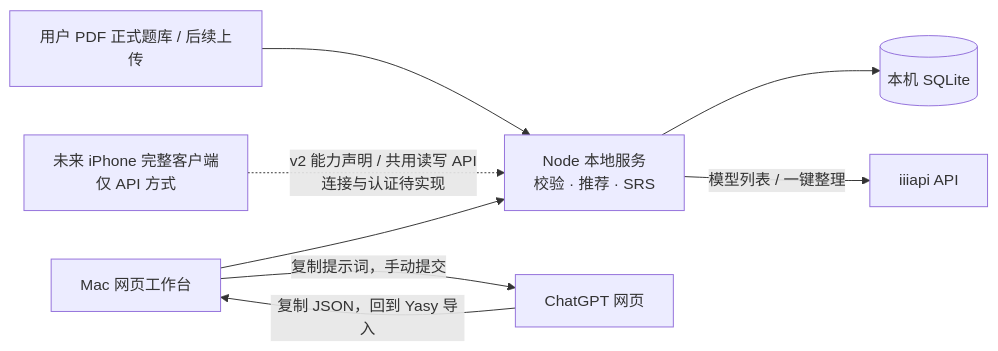
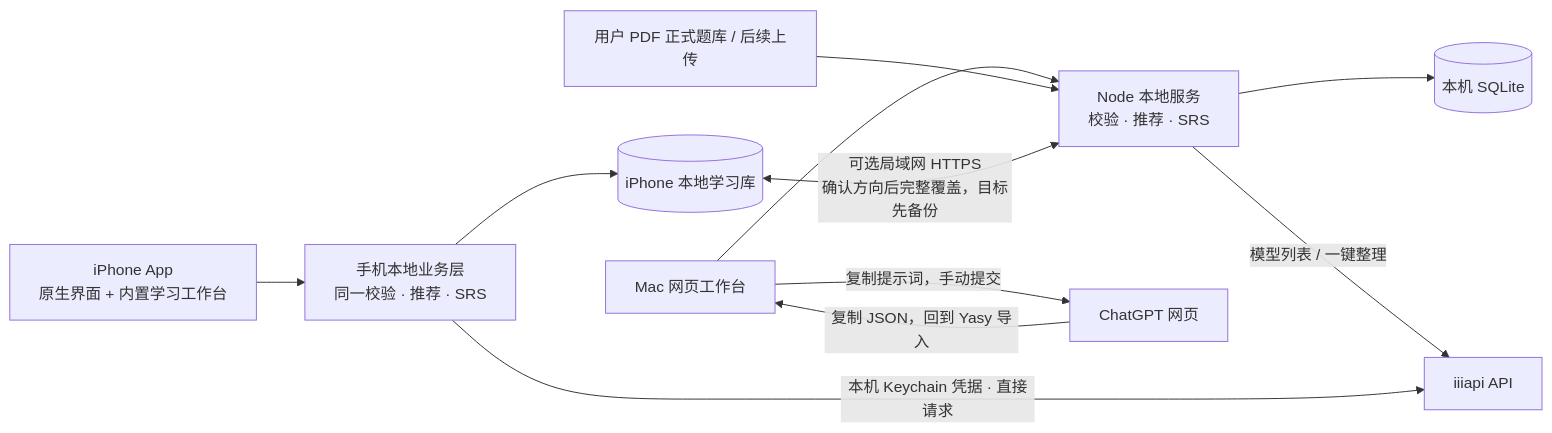
Before and after one commit to ChoneyChen/yasy: the diagram in README.md, drawn with Mermaid. The commit also changed other lines of this file and 87 other files, not shown here.

Commit message:
Add independent iPhone app, optional progress sync and focused daily practice

````diff
--- a/README.md
+++ b/README.md
@@ -154,10 +156,13 @@
 ```mermaid
 flowchart LR
     UI["Mac 网页工作台"] --> LOCAL["Node 本地服务<br/>校验 · 推荐 · SRS"]
     BANK["用户 PDF 正式题库 / 后续上传"] --> LOCAL
     LOCAL --> DB[("本机 SQLite")]
     LOCAL -->|"模型列表 / 一键整理"| API["iiiapi API"]
     UI -->|"复制提示词，手动提交"| GPT["ChatGPT 网页"]
     GPT -->|"复制 JSON，回到 Yasy 导入"| UI
-    PHONE["未来 iPhone 完整客户端<br/>仅 API 方式"] -.->|"v2 能力声明 / 共用读写 API<br/>连接与认证待实现"| LOCAL
+    PHONE["iPhone App<br/>原生界面 + 内置学习工作台"] --> PHONELOCAL["手机本地业务层<br/>同一校验 · 推荐 · SRS"]
+    PHONELOCAL --> PHONEDB[("iPhone 本地学习库")]
+    PHONELOCAL -->|"本机 Keychain 凭据 · 直接请求"| API
+    PHONEDB <-->|"可选局域网 HTTPS<br/>确认方向后完整覆盖，目标先备份"| LOCAL
 ```
````
